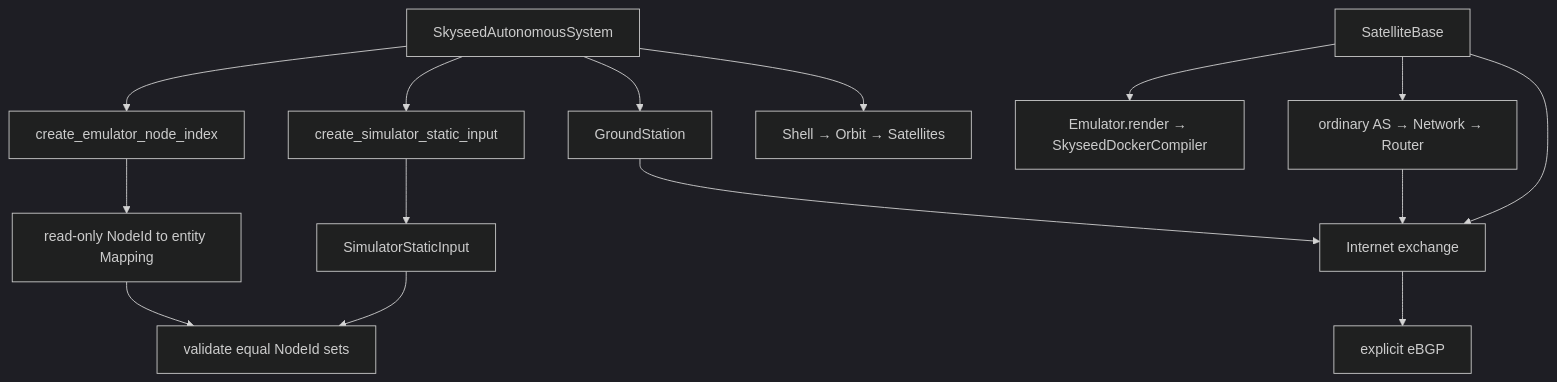
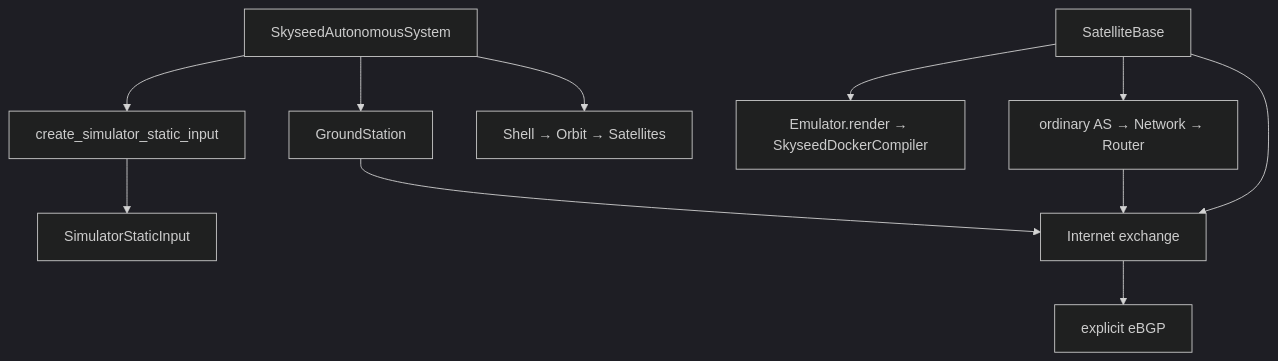
Before and after one commit to seed-labs/skyseed: the fourth of 7 diagrams in skyseed_v2/docs/architecture/diagrams.md, drawn with Mermaid (dark theme). The commit also changed other lines of this file and 26 other files, not shown here.

Commit message:
Remove the global node index contract

````diff
--- a/skyseed_v2/docs/architecture/diagrams.md
+++ b/skyseed_v2/docs/architecture/diagrams.md
@@ -101,18 +106,14 @@
 ```mermaid
 flowchart TD
     A[SkyseedAutonomousSystem]
     A --> S[Shell → Orbit → Satellites]
     A --> G[GroundStation]
     B[SatelliteBase] --> IX[Internet exchange]
     B --> R[ordinary AS → Network → Router]
     G --> IX
     R --> IX
     IX --> P[explicit eBGP]
     A --> F[create_simulator_static_input]
     F --> I[SimulatorStaticInput]
-    A --> N[create_emulator_node_index]
-    N --> M[read-only NodeId to entity Mapping]
-    I --> V[validate equal NodeId sets]
-    M --> V
     B --> C[Emulator.render → SkyseedDockerCompiler]
 ```
````
